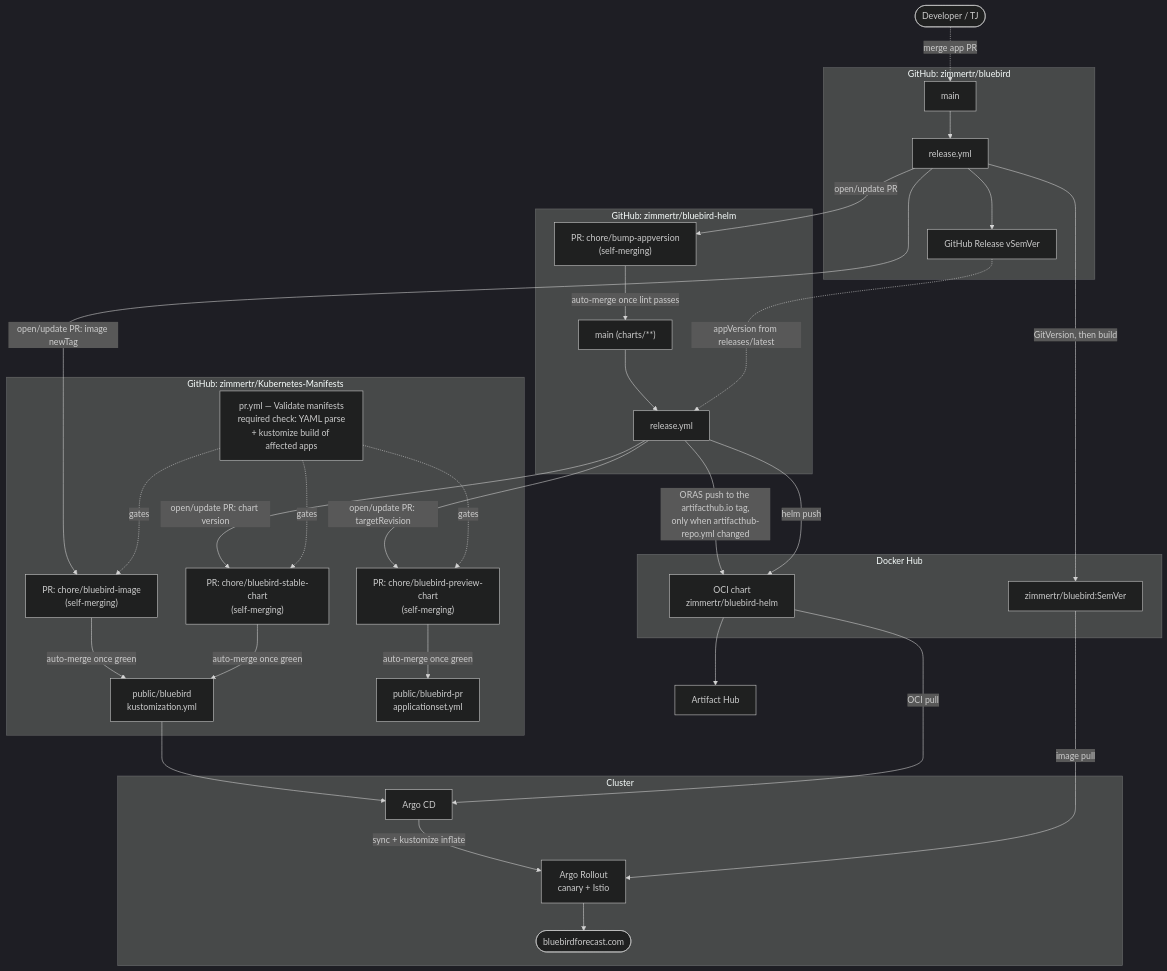
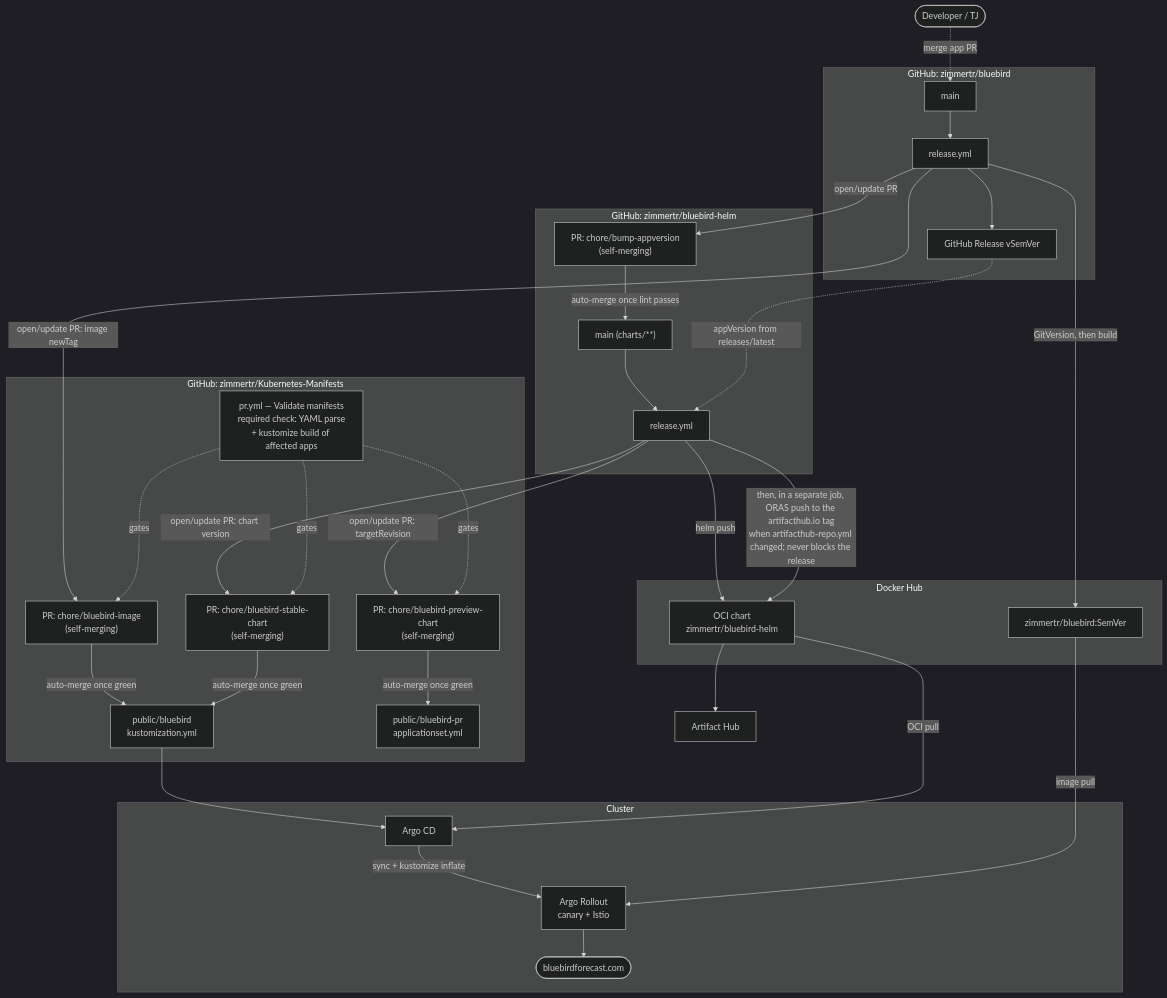
Before and after one commit to zimmertr/bluebird: the first of 6 diagrams in docs/CICD.md, drawn with Mermaid (dark theme). The commit also changed other lines of this file and 61 other files, not shown here.

````diff
--- a/docs/CICD.md
+++ b/docs/CICD.md
@@ -31,67 +31,67 @@
 ```mermaid
 flowchart TD
     dev(["Developer / TJ"])
 
     subgraph BB["GitHub: zimmertr/bluebird"]
         bbMain["main"]
         bbRel["release.yml"]
         ghRelease["GitHub Release vSemVer"]
     end
 
     subgraph HELM["GitHub: zimmertr/bluebird-helm"]
         helmPR["PR: chore/bump-appversion<br/>(self-merging)"]
         helmMain["main (charts/**)"]
         helmRel["release.yml"]
     end
 
     subgraph KM["GitHub: zimmertr/Kubernetes-Manifests"]
         kmCheck["pr.yml — Validate manifests<br/>required check: YAML parse<br/>+ kustomize build of affected apps"]
         kmImagePR["PR: chore/bluebird-image<br/>(self-merging)"]
         kmStablePR["PR: chore/bluebird-stable-chart<br/>(self-merging)"]
         kmPreviewPR["PR: chore/bluebird-preview-chart<br/>(self-merging)"]
         kmStable["public/bluebird<br/>kustomization.yml"]
         kmPreview["public/bluebird-pr<br/>applicationset.yml"]
     end
 
     subgraph DH["Docker Hub"]
         dhImage["zimmertr/bluebird:SemVer"]
         dhChart["OCI chart<br/>zimmertr/bluebird-helm"]
     end
 
     ah["Artifact Hub"]
 
     subgraph CL["Cluster"]
         argocd["Argo CD"]
         rollout["Argo Rollout<br/>canary + Istio"]
         prod(["bluebirdforecast.com"])
     end
 
     dev -.->|merge app PR| bbMain
     bbMain --> bbRel
     bbRel -->|GitVersion, then build| dhImage
     bbRel --> ghRelease
     bbRel -->|open/update PR: image newTag| kmImagePR
     bbRel -->|open/update PR| helmPR
 
     helmPR -->|auto-merge once lint passes| helmMain
     helmMain --> helmRel
     ghRelease -.->|appVersion from releases/latest| helmRel
-    helmRel -->|ORAS push to the artifacthub.io tag,<br/>only when artifacthub-repo.yml changed| dhChart
     helmRel -->|helm push| dhChart
+    helmRel -->|then, in a separate job, ORAS push to the artifacthub.io tag<br/>when artifacthub-repo.yml changed; never blocks the release| dhChart
     dhChart --> ah
     helmRel -->|open/update PR: chart version| kmStablePR
     helmRel -->|open/update PR: targetRevision| kmPreviewPR
 
     kmCheck -.->|gates| kmImagePR
     kmCheck -.->|gates| kmStablePR
     kmCheck -.->|gates| kmPreviewPR
     kmImagePR -->|auto-merge once green| kmStable
     kmStablePR -->|auto-merge once green| kmStable
     kmPreviewPR -->|auto-merge once green| kmPreview
 
     kmStable --> argocd
     dhChart -->|OCI pull| argocd
     argocd -->|sync + kustomize inflate| rollout
     dhImage -->|image pull| rollout
     rollout --> prod
 ```
````
